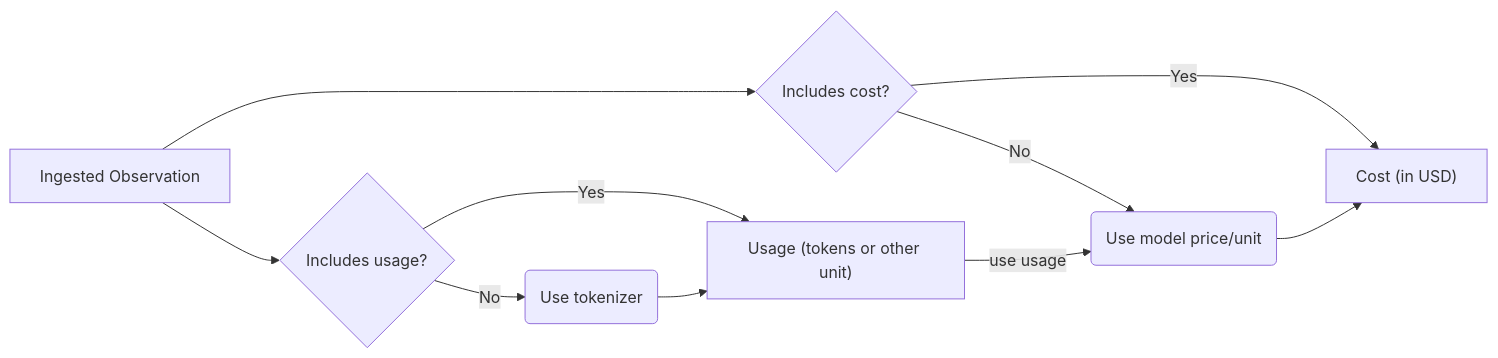
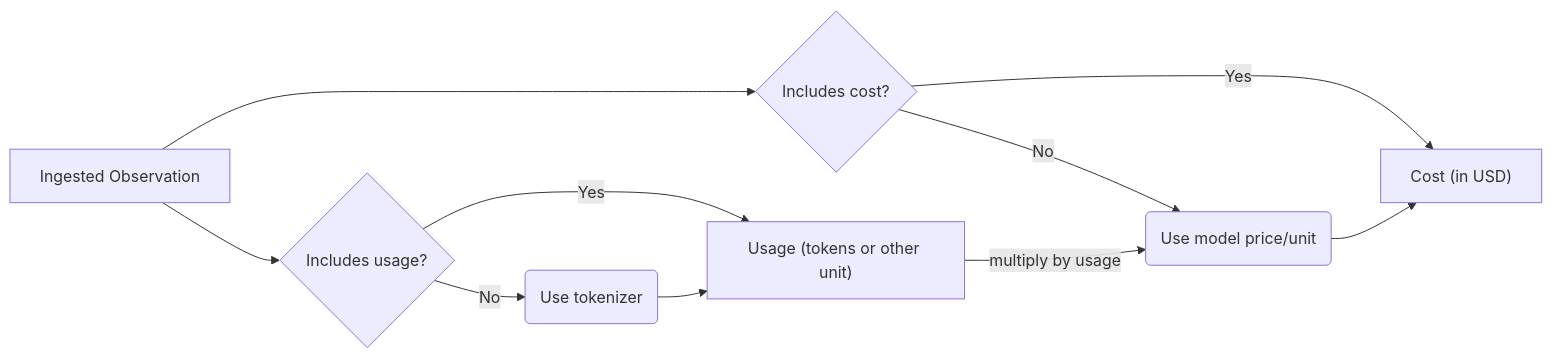
The diagram in frameworks/ai/langfuse/content/observability/features/token-and-cost-tracking.md (EladAriel/fullstack-llm-wiki), drawn with Mermaid before and after one commit. The commit also changed other lines of this file and 19581 other files, not shown here.

````diff
--- a/frameworks/ai/langfuse/content/observability/features/token-and-cost-tracking.md
+++ b/frameworks/ai/langfuse/content/observability/features/token-and-cost-tracking.md
@@ -42,13 +59,13 @@
 ```mermaid
 flowchart LR
   A[Ingested Observation]
   B["Usage (tokens or other unit)"]
   C["Cost (in USD)"]
   A --> D{Includes usage?}
   D -->|Yes| B
   D -->|No| E(Use tokenizer) --> B
   A --> F{Includes cost?}
   F -->|Yes| C
   F -->|No| G(Use model price/unit) --> C
-  B -->|use usage| G
+  B -->|multiply by usage| G
 ```
````
